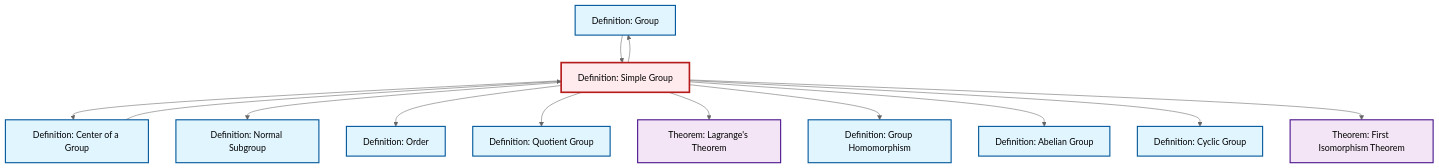
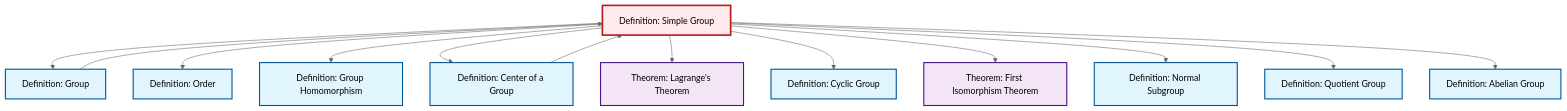
Before and after one commit to RK0429/ModernMath: the diagram in content/en/algebra/def-simple-group.qmd, drawn with Mermaid (neutral theme). The commit also changed other lines of this file and 654 other files, not shown here.

````diff
--- a/content/en/algebra/def-simple-group.qmd
+++ b/content/en/algebra/def-simple-group.qmd
@@ -97,43 +97,43 @@
 ```{mermaid}
 %%| fig-cap: "Local dependency graph"
 graph TD
     classDef definition fill:#e1f5fe,stroke:#01579b,stroke-width:2px
     classDef theorem fill:#f3e5f5,stroke:#4a148c,stroke-width:2px
     classDef axiom fill:#fff3e0,stroke:#e65100,stroke-width:2px
     classDef example fill:#e8f5e9,stroke:#1b5e20,stroke-width:2px
     classDef current fill:#ffebee,stroke:#b71c1c,stroke-width:3px
+    def-simple-group["Definition: Simple Group"]:::definition
+    def-cyclic-group["Definition: Cyclic Group"]:::definition
+    def-center-of-group["Definition: Center of a Group"]:::definition
     def-group["Definition: Group"]:::definition
+    thm-first-isomorphism["Theorem: First Isomorphism Theorem"]:::theorem
+    def-order["Definition: Order"]:::definition
+    def-quotient-group["Definition: Quotient Group"]:::definition
+    thm-lagrange["Theorem: Lagrange's Theorem"]:::theorem
+    def-homomorphism["Definition: Group Homomorphism"]:::definition
+    def-normal-subgroup["Definition: Normal Subgroup"]:::definition
     def-abelian-group["Definition: Abelian Group"]:::definition
-    thm-lagrange["Theorem: Lagrange's Theorem"]:::theorem
-    def-simple-group["Definition: Simple Group"]:::definition
-    def-center-of-group["Definition: Center of a Group"]:::definition
-    def-quotient-group["Definition: Quotient Group"]:::definition
-    def-cyclic-group["Definition: Cyclic Group"]:::definition
-    def-normal-subgroup["Definition: Normal Subgroup"]:::definition
-    def-order["Definition: Order"]:::definition
-    def-homomorphism["Definition: Group Homomorphism"]:::definition
-    thm-first-isomorphism["Theorem: First Isomorphism Theorem"]:::theorem
+    def-simple-group --> def-group
+    def-simple-group --> def-order
+    def-simple-group --> def-homomorphism
+    def-center-of-group --> def-simple-group
     def-simple-group --> def-center-of-group
-    def-simple-group --> def-normal-subgroup
-    def-simple-group --> def-order
-    def-simple-group --> def-quotient-group
     def-simple-group --> thm-lagrange
-    def-simple-group --> def-homomorphism
-    def-simple-group --> def-group
-    def-simple-group --> def-abelian-group
     def-simple-group --> def-cyclic-group
-    def-center-of-group --> def-simple-group
     def-group --> def-simple-group
     def-simple-group --> thm-first-isomorphism
+    def-simple-group --> def-normal-subgroup
+    def-simple-group --> def-quotient-group
+    def-simple-group --> def-abelian-group
     class def-simple-group current
+    click def-cyclic-group "def-cyclic-group.html" "Go to Cyclic Group definition"
+    click def-center-of-group "def-center-of-group.html" "Go to Center of a Group definition"
     click def-group "def-group.html" "Go to Group definition"
+    click thm-first-isomorphism "thm-first-isomorphism.html" "Go to First Isomorphism Theorem theorem"
+    click def-order "def-order.html" "Go to Order definition"
+    click def-quotient-group "def-quotient-group.html" "Go to Quotient Group definition"
+    click thm-lagrange "thm-lagrange.html" "Go to Lagrange's Theorem theorem"
+    click def-homomorphism "def-homomorphism.html" "Go to Group Homomorphism definition"
+    click def-normal-subgroup "def-normal-subgroup.html" "Go to Normal Subgroup definition"
     click def-abelian-group "def-abelian-group.html" "Go to Abelian Group definition"
-    click thm-lagrange "thm-lagrange.html" "Go to Lagrange's Theorem theorem"
-    click def-center-of-group "def-center-of-group.html" "Go to Center of a Group definition"
-    click def-quotient-group "def-quotient-group.html" "Go to Quotient Group definition"
-    click def-cyclic-group "def-cyclic-group.html" "Go to Cyclic Group definition"
-    click def-normal-subgroup "def-normal-subgroup.html" "Go to Normal Subgroup definition"
-    click def-order "def-order.html" "Go to Order definition"
-    click def-homomorphism "def-homomorphism.html" "Go to Group Homomorphism definition"
-    click thm-first-isomorphism "thm-first-isomorphism.html" "Go to First Isomorphism Theorem theorem"
 ```
````
